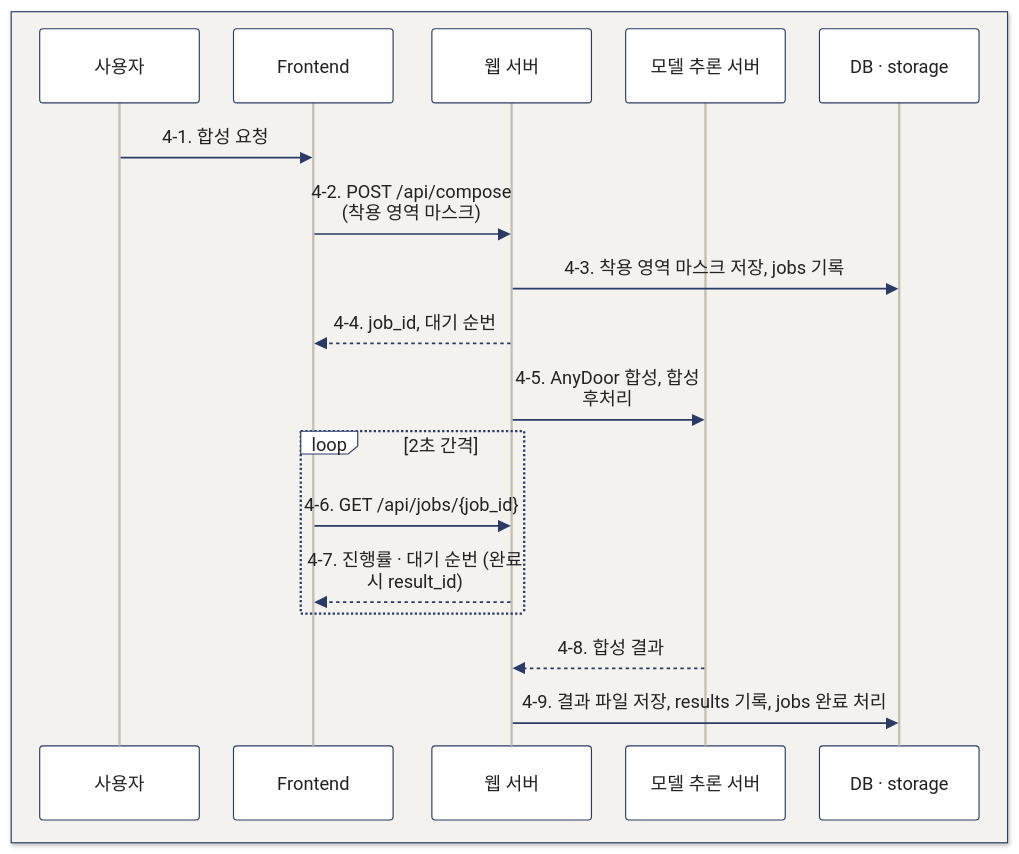
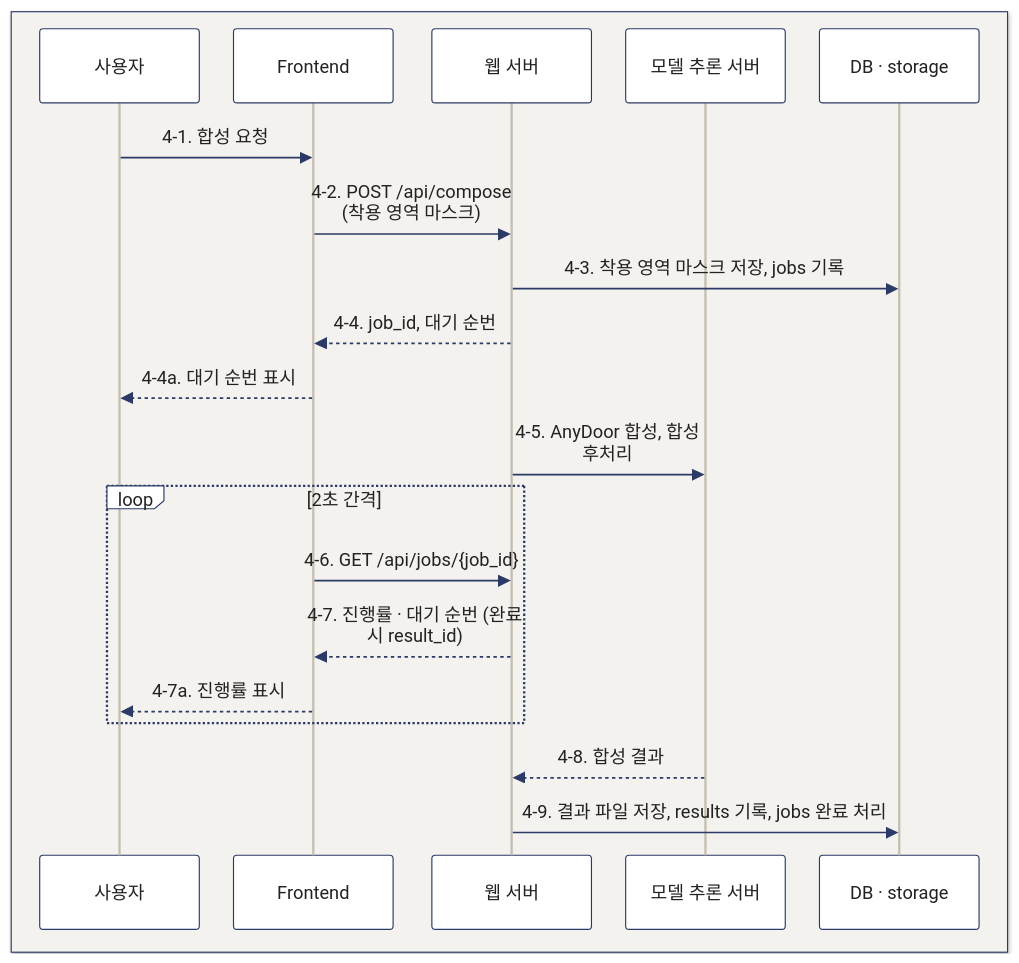
One commit to Jenny5789/CGI_MOA changed the fifth of 6 diagrams in README.md. Above: the diagram before and after it, drawn with Mermaid. The commit also changed other lines of this file, not shown here.

First line of the commit message:
docs: README 접기 정리와 시퀀스 다이어그램 보완

````diff
--- a/README.md
+++ b/README.md
@@ -272,22 +279,24 @@
 ```mermaid
 %%{init: {'theme':'base','themeVariables':{'fontSize':'18px','primaryColor':'#ffffff','primaryBorderColor':'#2b3a67','primaryTextColor':'#222222','textColor':'#222222','lineColor':'#2b3a67','mainBkg':'#ffffff','nodeBorder':'#2b3a67','secondaryColor':'#f4f2ee','tertiaryColor':'#f4f2ee','edgeLabelBackground':'#f4f2ee','actorBkg':'#ffffff','actorBorder':'#2b3a67','actorTextColor':'#222222','actorLineColor':'#c4bdb1','signalColor':'#2b3a67','signalTextColor':'#222222','labelBoxBkgColor':'#ffffff','labelBoxBorderColor':'#2b3a67','labelTextColor':'#222222','loopTextColor':'#222222','noteBkgColor':'#ffffff','noteBorderColor':'#2b3a67','noteTextColor':'#222222'},'sequence':{'actorMargin':30,'width':140,'wrap':true}}}%%
 sequenceDiagram
     box rgb(244,242,238)
         participant U as 사용자
         participant F as Frontend
         participant B as 웹 서버
         participant A as 모델 추론 서버
         participant S as DB · storage
     end
     U->>F: 4-1. 합성 요청
     F->>B: 4-2. POST /api/compose (착용 영역 마스크)
     B->>S: 4-3. 착용 영역 마스크 저장, jobs 기록
     B-->>F: 4-4. job_id, 대기 순번
+    F-->>U: 4-4a. 대기 순번 표시
     B->>A: 4-5. AnyDoor 합성, 합성 후처리
     loop 2초 간격
         F->>B: 4-6. GET /api/jobs/{job_id}
         B-->>F: 4-7. 진행률 · 대기 순번 (완료 시 result_id)
+        F-->>U: 4-7a. 진행률 표시
     end
     A-->>B: 4-8. 합성 결과
     B->>S: 4-9. 결과 파일 저장, results 기록, jobs 완료 처리
 ```
````
